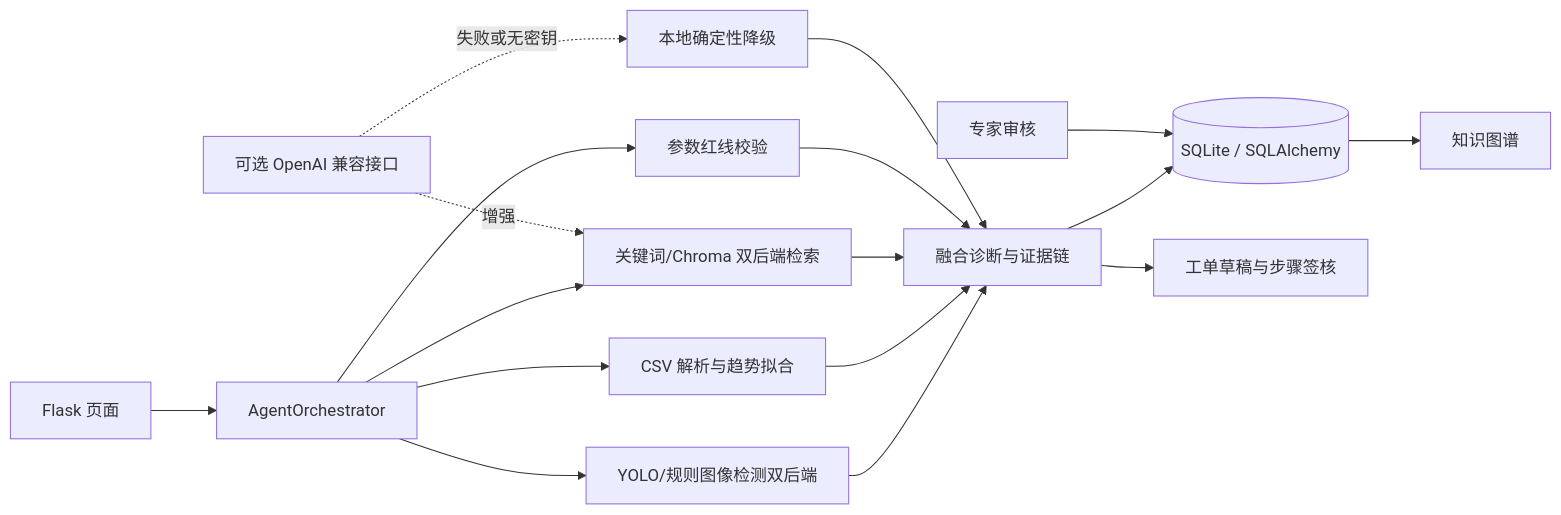
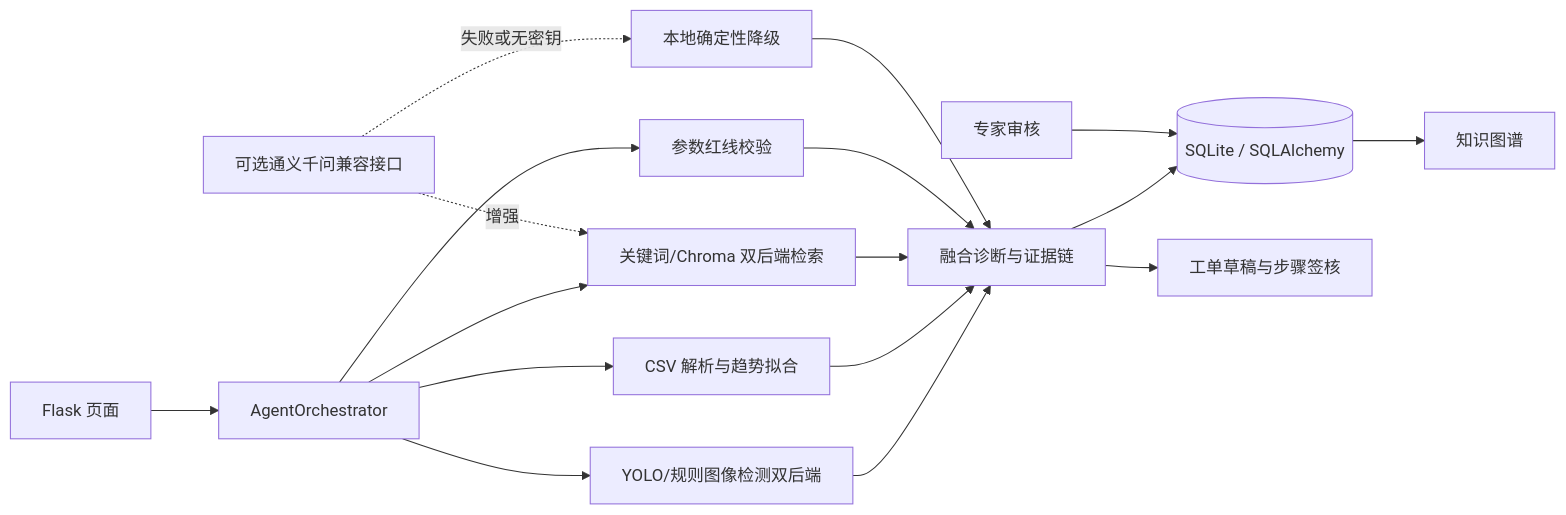
The diagram in docs/architecture.md (zyh-git-tech/zyh), drawn with Mermaid before and after one commit. The commit also changed other lines of this file and 12 other files, not shown here.

````diff
--- a/docs/architecture.md
+++ b/docs/architecture.md
@@ -5,19 +5,19 @@
 ```mermaid
 flowchart LR
     UI[Flask 页面] --> Agent[AgentOrchestrator]
     Agent --> Image[YOLO/规则图像检测双后端]
     Agent --> Sensor[CSV 解析与趋势拟合]
     Agent --> Retrieve[关键词/Chroma 双后端检索]
     Agent --> Rules[参数红线校验]
     Image --> Fusion[融合诊断与证据链]
     Sensor --> Fusion
     Retrieve --> Fusion
     Rules --> Fusion
     Fusion --> DB[(SQLite / SQLAlchemy)]
     Fusion --> WorkOrder[工单草稿与步骤签核]
     Audit[专家审核] --> DB
     DB --> Graph[知识图谱]
-    LLM[可选 OpenAI 兼容接口] -.增强.-> Retrieve
+    LLM[可选通义千问兼容接口] -.增强.-> Retrieve
     LLM -.失败或无密钥.-> Offline[本地确定性降级]
     Offline --> Fusion
 ```
````
